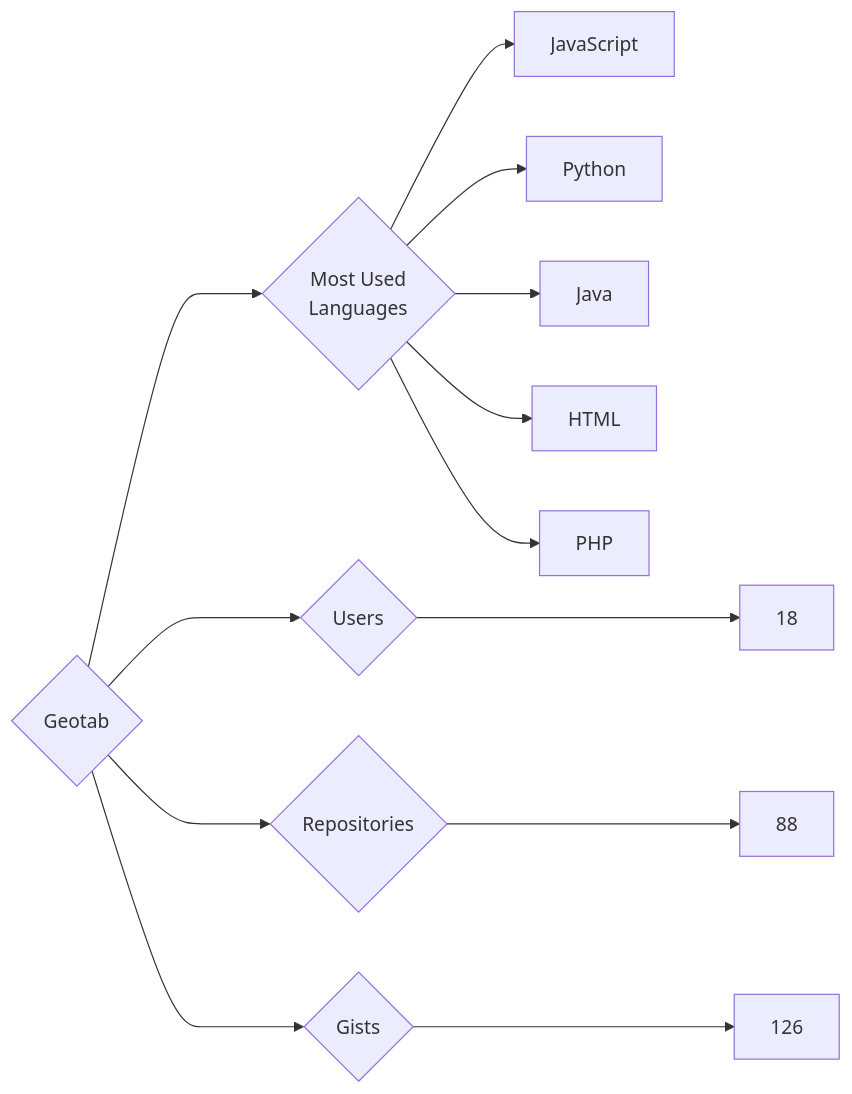
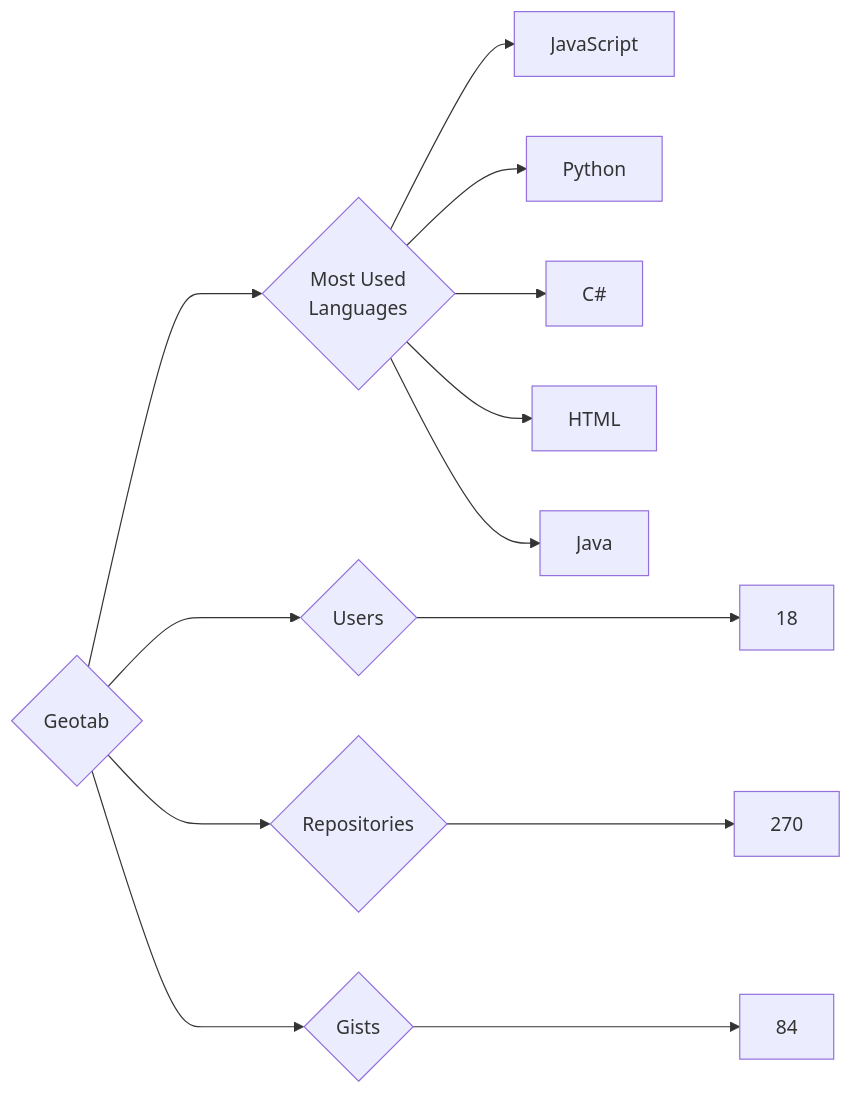
One commit to trickest/insiders changed the diagram in targets/Geotab/README.md. Above: the diagram before and after it, drawn with Mermaid. The commit also changed 914 other files, not shown here.

````diff
--- a/targets/Geotab/README.md
+++ b/targets/Geotab/README.md
@@ -3,13 +3,13 @@
 ```mermaid
 graph LR
 COMPANY_NAME{Geotab}
 COMPANY_NAME ---> U{Users} ---> UN[18]
-COMPANY_NAME ---> R{Repositories} ---> RN[88]
-COMPANY_NAME ---> G{Gists} ---> GN[126]
+COMPANY_NAME ---> R{Repositories} ---> RN[270]
+COMPANY_NAME ---> G{Gists} ---> GN[84]
 COMPANY_NAME ---> ML{Most Used<br>Languages}
 ML --> JavaScript[JavaScript]
 ML --> Python[Python]
+ML --> C#[C#]
+ML --> HTML[HTML]
 ML --> Java[Java]
-ML --> HTML[HTML]
-ML --> PHP[PHP]
 ```
````
